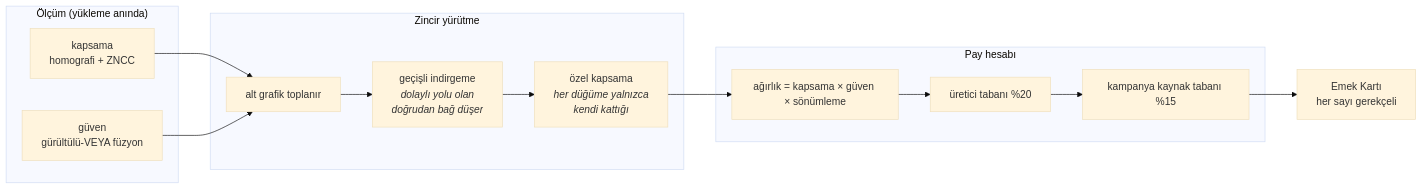
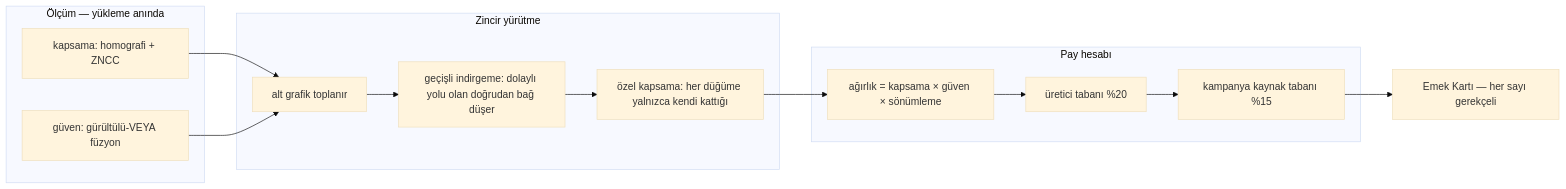
Before and after one commit to hamzabdk36-cyber/N-Emek: the third of 6 diagrams in docs/KULLANICI-AKISLARI.md, drawn with Mermaid (base theme). The commit also changed other lines of this file, not shown here.

````diff
--- a/docs/KULLANICI-AKISLARI.md
+++ b/docs/KULLANICI-AKISLARI.md
@@ -161,20 +161,20 @@
 ```mermaid
 flowchart LR
-    subgraph olcum["Ölçüm (yükleme anında)"]
-        E1["kapsama<br/>homografi + ZNCC"]
-        E2["güven<br/>gürültülü-VEYA füzyon"]
+    subgraph olcum["Ölçüm — yükleme anında"]
+        E1["kapsama: homografi + ZNCC"]
+        E2["güven: gürültülü-VEYA füzyon"]
     end
     subgraph zincir["Zincir yürütme"]
         Z1["alt grafik toplanır"]
-        Z2["geçişli indirgeme<br/><i>dolaylı yolu olan<br/>doğrudan bağ düşer</i>"]
-        Z3["özel kapsama<br/><i>her düğüme yalnızca<br/>kendi kattığı</i>"]
+        Z2["geçişli indirgeme: dolaylı yolu olan doğrudan bağ düşer"]
+        Z3["özel kapsama: her düğüme yalnızca kendi kattığı"]
     end
     subgraph pay["Pay hesabı"]
         P1["ağırlık = kapsama × güven × sönümleme"]
         P2["üretici tabanı %20"]
         P3["kampanya kaynak tabanı %15"]
     end
     E1 --> Z1
     E2 --> Z1
-    Z1 --> Z2 --> Z3 --> P1 --> P2 --> P3 --> K["Emek Kartı<br/>her sayı gerekçeli"]
+    Z1 --> Z2 --> Z3 --> P1 --> P2 --> P3 --> K["Emek Kartı — her sayı gerekçeli"]
 ```
````
